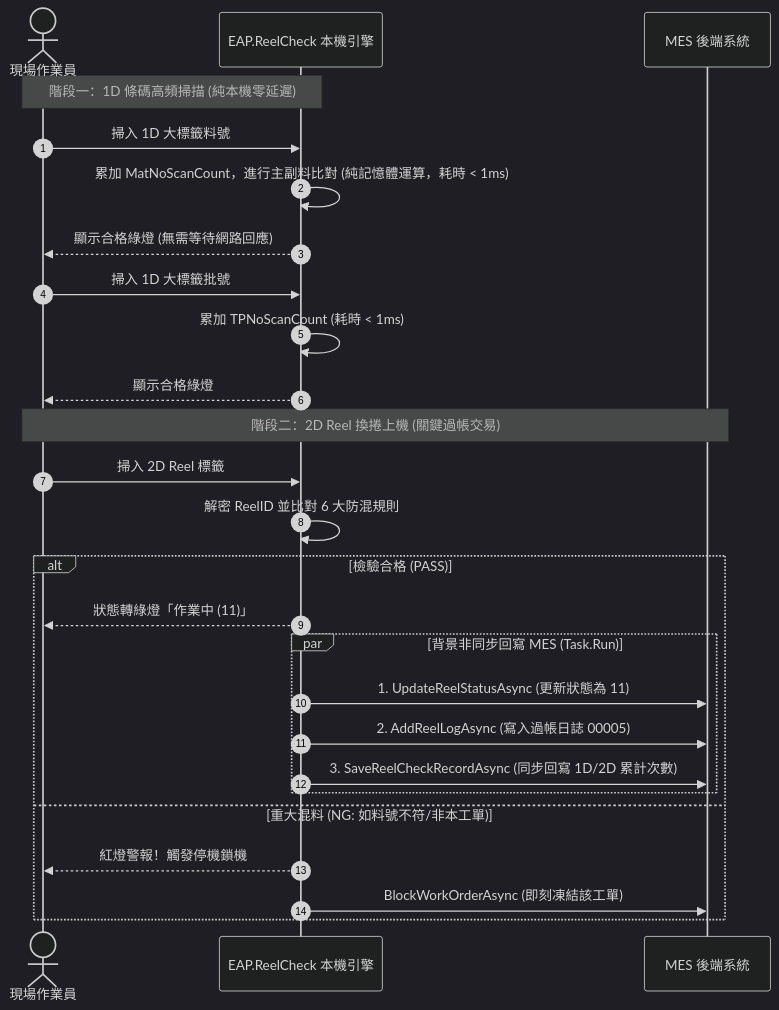
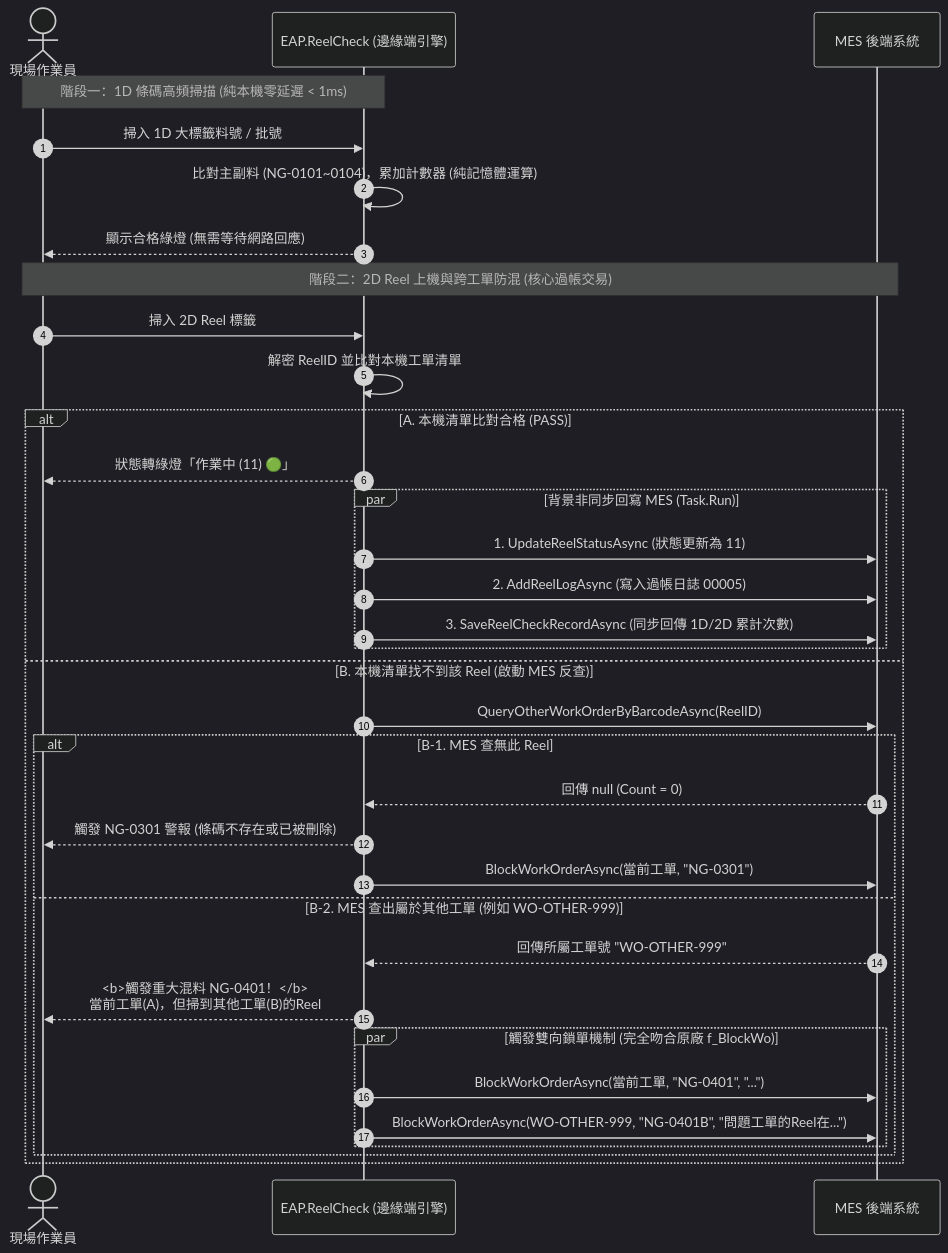
One commit to eHsuan/EAPDashboard changed the second of 2 diagrams in doc/EAP_ReelCheck_Migration_Guide.md. Above: the diagram before and after it, drawn with Mermaid (dark theme). The commit also changed other lines of this file, not shown here.

Commit message:
docs: 更新給IT的EAP.ReelCheck架構與移植對照技術白皮書(v1.1.0)

````diff
--- a/doc/EAP_ReelCheck_Migration_Guide.md
+++ b/doc/EAP_ReelCheck_Migration_Guide.md
@@ -146,31 +143,39 @@
 ```mermaid
 sequenceDiagram
     autonumber
     actor Op as 現場作業員
-    participant Edge as EAP.ReelCheck 本機引擎
+    participant App as EAP.ReelCheck (邊緣端引擎)
     participant MES as MES 後端系統
 
-    Note over Op,Edge: 階段一：1D 條碼高頻掃描 (純本機零延遲)
-    Op->>Edge: 掃入 1D 大標籤料號
-    Edge->>Edge: 累加 MatNoScanCount，進行主副料比對 (純記憶體運算，耗時 < 1ms)
-    Edge-->>Op: 顯示合格綠燈 (無需等待網路回應)
+    Note over Op,App: 階段一：1D 條碼高頻掃描 (純本機零延遲 < 1ms)
+    Op->>App: 掃入 1D 大標籤料號 / 批號
+    App->>App: 比對主副料 (NG-0101~0104)，累加計數器 (純記憶體運算)
+    App-->>Op: 顯示合格綠燈 (無需等待網路回應)
 
-    Op->>Edge: 掃入 1D 大標籤批號
-    Edge->>Edge: 累加 TPNoScanCount (耗時 < 1ms)
-    Edge-->>Op: 顯示合格綠燈
-
-    Note over Op,MES: 階段二：2D Reel 換捲上機 (關鍵過帳交易)
-    Op->>Edge: 掃入 2D Reel 標籤
-    Edge->>Edge: 解密 ReelID 並比對 6 大防混規則
-    alt 檢驗合格 (PASS)
-        Edge-->>Op: 狀態轉綠燈「作業中 (11)」
+    Note over Op,MES: 階段二：2D Reel 上機與跨工單防混 (核心過帳交易)
+    Op->>App: 掃入 2D Reel 標籤
+    App->>App: 解密 ReelID 並比對本機工單清單
+    
+    alt A. 本機清單比對合格 (PASS)
+        App-->>Op: 狀態轉綠燈「作業中 (11) 🟢」
         par 背景非同步回寫 MES (Task.Run)
-            Edge->>MES: 1. UpdateReelStatusAsync (更新狀態為 11)
-            Edge->>MES: 2. AddReelLogAsync (寫入過帳日誌 00005)
-            Edge->>MES: 3. SaveReelCheckRecordAsync (同步回寫 1D/2D 累計次數)
+            App->>MES: 1. UpdateReelStatusAsync (狀態更新為 11)
+            App->>MES: 2. AddReelLogAsync (寫入過帳日誌 00005)
+            App->>MES: 3. SaveReelCheckRecordAsync (同步回傳 1D/2D 累計次數)
         end
-    else 重大混料 (NG: 如料號不符/非本工單)
-        Edge-->>Op: 紅燈警報！觸發停機鎖機
-        Edge->>MES: BlockWorkOrderAsync (即刻凍結該工單)
+    else B. 本機清單找不到該 Reel (啟動 MES 反查)
+        App->>MES: QueryOtherWorkOrderByBarcodeAsync(ReelID)
+        alt B-1. MES 查無此 Reel
+            MES-->>App: 回傳 null (Count = 0)
+            App-->>Op: 觸發 NG-0301 警報 (條碼不存在或已被刪除)
+            App->>MES: BlockWorkOrderAsync(當前工單, "NG-0301")
+        else B-2. MES 查出屬於其他工單 (例如 WO-OTHER-999)
+            MES-->>App: 回傳所屬工單號 "WO-OTHER-999"
+            App-->>Op: <b>觸發重大混料 NG-0401！</b><br/>當前工單(A)，但掃到其他工單(B)的Reel
+            par 觸發雙向鎖單機制 (完全吻合原廠 f_BlockWo)
+                App->>MES: BlockWorkOrderAsync(當前工單, "NG-0401", "...")
+                App->>MES: BlockWorkOrderAsync(WO-OTHER-999, "NG-0401B", "問題工單的Reel在...")
+            end
+        end
     end
 ```
````
